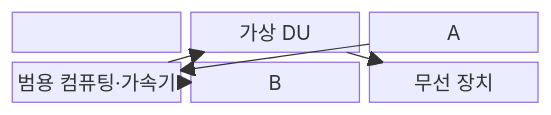
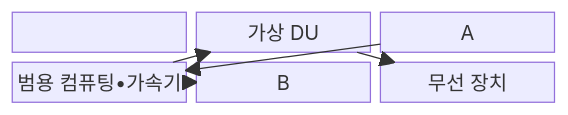
One commit to agnusdei1207/knowledge-base changed the first of 2 diagrams in src/content/docs/notes/04-network/112_virtual_ran.md. Above: the diagram before and after it, drawn with Mermaid. The commit also changed other lines of this file and 953 other files, not shown here.

````diff
--- a/src/content/docs/notes/04-network/112_virtual_ran.md
+++ b/src/content/docs/notes/04-network/112_virtual_ran.md
@@ -67,9 +67,9 @@
 ```mermaid
 block
   columns 3
-  A["운영·클라우드 플랫폼"] --> B["가상 CU"] --> C["가상 DU"]
-  A --> D["범용 컴퓨팅·가속기"]
+  A["운영•클라우드 플랫폼"] --> B["가상 CU"] --> C["가상 DU"]
+  A --> D["범용 컴퓨팅•가속기"]
   D --> B
   D --> C
   C --> E["무선 장치"]
 ```
````
